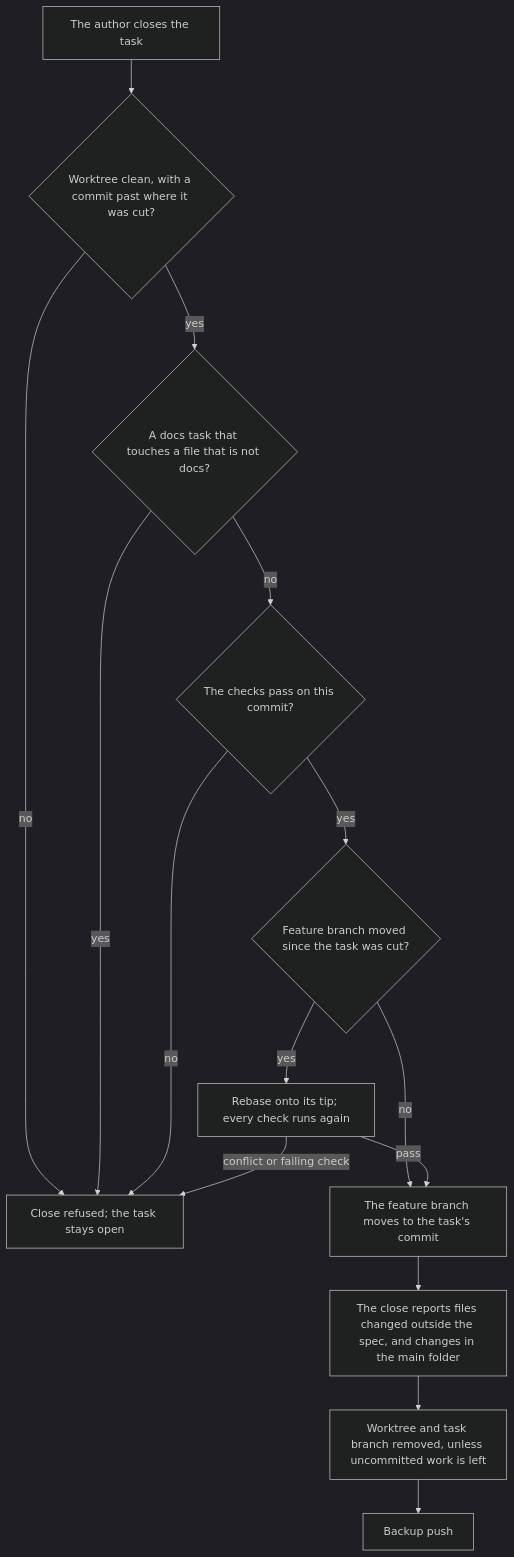
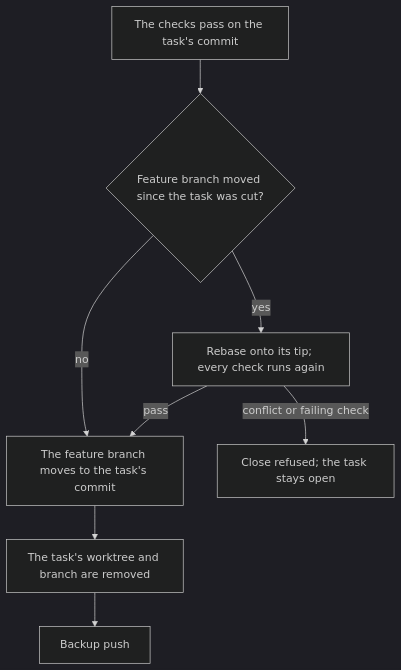
One commit to trustmybot/tmb changed the fourth of 8 diagrams in docs/flows/3_WORKFLOW.md. Above: the diagram before and after it, drawn with Mermaid (dark theme). The commit also changed other lines of this file and 26 other files, not shown here.

First line of the commit message:
📝 docs: shorten every page to its own area, split the two schemas into detail pages

````diff
--- a/docs/flows/3_WORKFLOW.md
+++ b/docs/flows/3_WORKFLOW.md
@@ -141,17 +102,10 @@
 ```mermaid
 flowchart TD
-    A[The author closes the task] --> B{Worktree clean, with a commit past where it was cut?}
-    B -- no --> X1[Close refused; the task stays open]
-    B -- yes --> K{"A docs task that touches a file that is not docs?"}
-    K -- yes --> X1
-    K -- no --> C{"The checks pass on this commit?"}
-    C -- no --> X1
-    C -- yes --> G{Feature branch moved since the task was cut?}
+    A["The checks pass on the task's commit"] --> G{Feature branch moved since the task was cut?}
     G -- no --> P[The feature branch moves to the task's commit]
     G -- yes --> I[Rebase onto its tip; every check runs again]
     I -- pass --> P
-    I -- "conflict or failing check" --> X1
-    P --> R[The close reports files changed outside the spec, and changes in the main folder]
-    R --> W[Worktree and task branch removed, unless uncommitted work is left]
+    I -- "conflict or failing check" --> X[Close refused; the task stays open]
+    P --> W["The task's worktree and branch are removed"]
     W --> U[Backup push]
 ```
````
